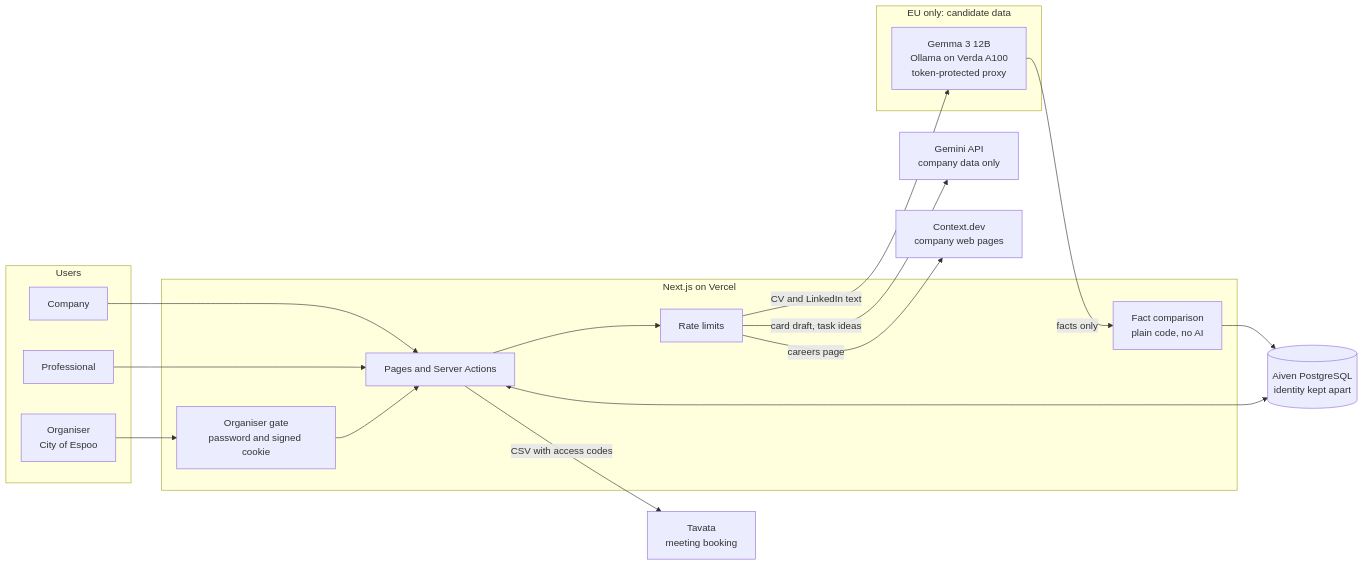
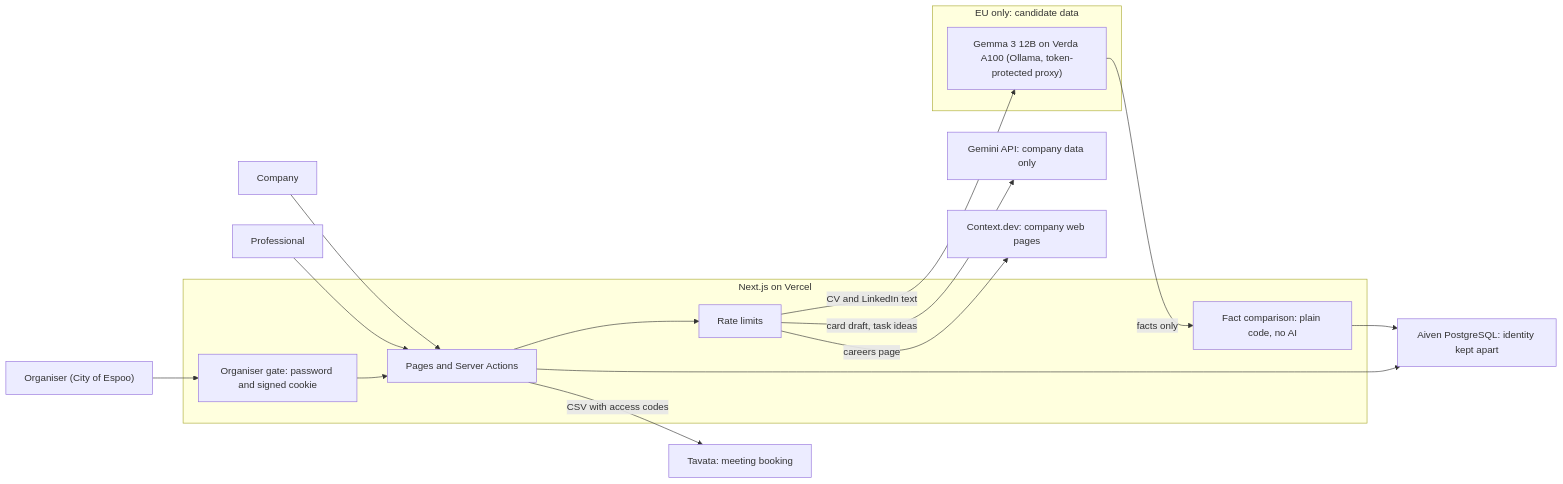
Before and after one commit to kassxxv/junction-2026-lafa: the first of 3 diagrams in README.md, drawn with Mermaid. The commit also changed other lines of this file, not shown here.

Commit message:
feat: update README with additional details on judging criteria and next steps

````diff
--- a/README.md
+++ b/README.md
@@ -115,36 +114,24 @@
 ```mermaid
 flowchart LR
-  subgraph Users
-    C[Company]
-    P[Professional]
-    O[Organiser<br/>City of Espoo]
+  C["Company"] --> UI
+  P["Professional"] --> UI
+  O["Organiser (City of Espoo)"] --> GATE
+
+  subgraph APP ["Next.js on Vercel"]
+    GATE["Organiser gate: password and signed cookie"] --> UI["Pages and Server Actions"]
+    UI --> RL["Rate limits"]
+    FACTS["Fact comparison: plain code, no AI"]
   end
 
-  subgraph App["Next.js on Vercel"]
-    UI[Pages and Server Actions]
-    GATE[Organiser gate<br/>password and signed cookie]
-    RL[Rate limits]
-    FACTS[Fact comparison<br/>plain code, no AI]
+  subgraph EU ["EU only: candidate data"]
+    GEMMA["Gemma 3 12B on Verda A100 (Ollama, token-protected proxy)"]
   end
 
-  subgraph EU["EU only: candidate data"]
-    GEMMA[Gemma 3 12B<br/>Ollama on Verda A100<br/>token-protected proxy]
-  end
-
-  GEMINI[Gemini API<br/>company data only]
-  CTX[Context.dev<br/>company web pages]
-  DB[(Aiven PostgreSQL<br/>identity kept apart)]
-  TAVATA[Tavata<br/>meeting booking]
-
-  C --> UI
-  P --> UI
-  O --> GATE --> UI
-  UI --> RL
-  RL -->|card draft, task ideas| GEMINI
-  RL -->|careers page| CTX
-  RL -->|CV and LinkedIn text| GEMMA
-  GEMMA -->|facts only| FACTS
-  FACTS --> DB
-  UI <--> DB
-  UI -->|CSV with access codes| TAVATA
+  RL -- "card draft, task ideas" --> GEMINI["Gemini API: company data only"]
+  RL -- "careers page" --> CTX["Context.dev: company web pages"]
+  RL -- "CV and LinkedIn text" --> GEMMA
+  GEMMA -- "facts only" --> FACTS
+  FACTS --> DB["Aiven PostgreSQL: identity kept apart"]
+  UI --> DB
+  UI -- "CSV with access codes" --> TAVATA["Tavata: meeting booking"]
 ```
````
